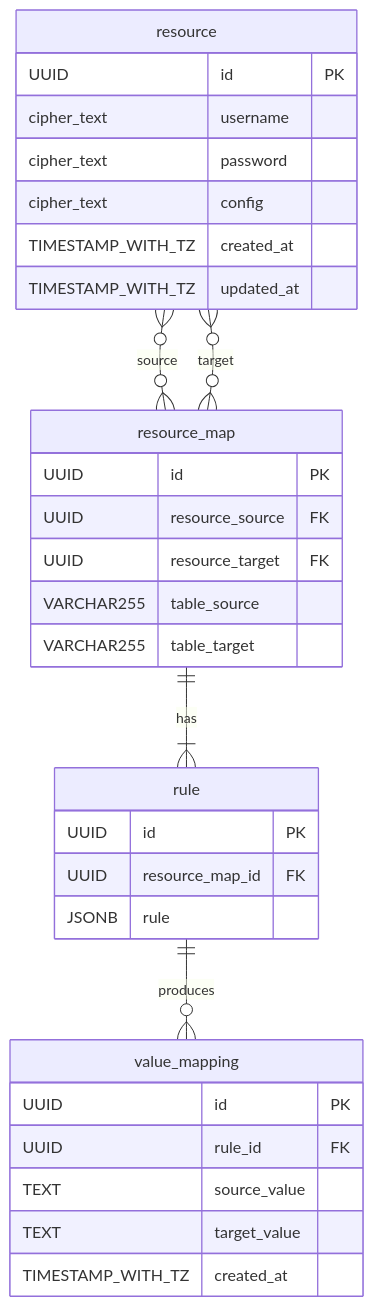
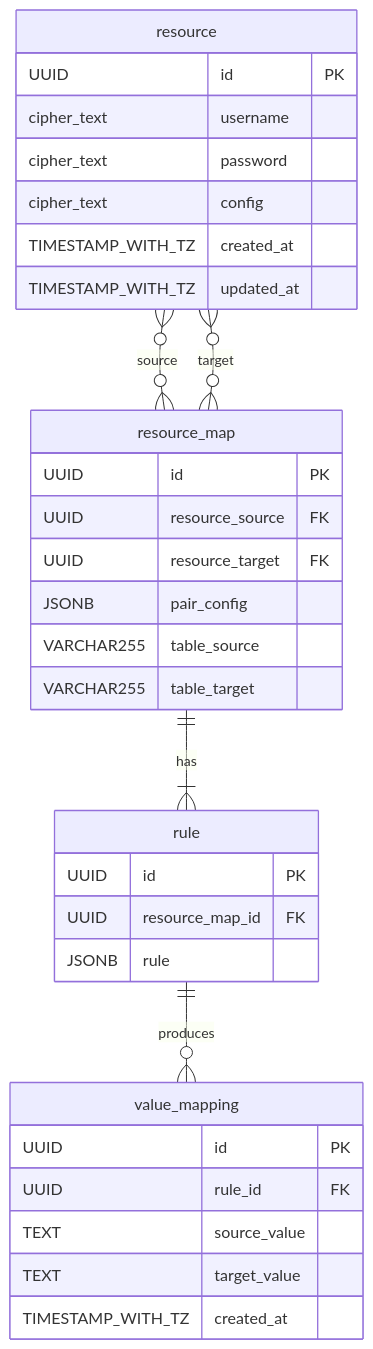
One commit to spk-cpsamut/rep-pro changed the third of 3 diagrams in docs/overall-workflows.md. Above: the diagram before and after it, drawn with Mermaid. The commit also changed other lines of this file and 19 other files, not shown here.

````diff
--- a/docs/overall-workflows.md
+++ b/docs/overall-workflows.md
@@ -95,38 +105,39 @@
 ```mermaid
 erDiagram
     resource {
         UUID id PK
         cipher_text username
         cipher_text password
         cipher_text config
         TIMESTAMP_WITH_TZ created_at
         TIMESTAMP_WITH_TZ updated_at
     }
 
     resource_map {
         UUID id PK
         UUID resource_source FK
         UUID resource_target FK
+        JSONB pair_config
         VARCHAR255 table_source
         VARCHAR255 table_target
     }
 
     rule {
         UUID id PK
         UUID resource_map_id FK
         JSONB rule
     }
 
     value_mapping {
         UUID id PK
         UUID rule_id FK
         TEXT source_value
         TEXT target_value
         TIMESTAMP_WITH_TZ created_at
     }
 
     resource     }o--o{ resource_map  : source
     resource     }o--o{ resource_map  : target
     resource_map ||--|{ rule          : has
     rule         ||--o{ value_mapping : produces
 ```
````
